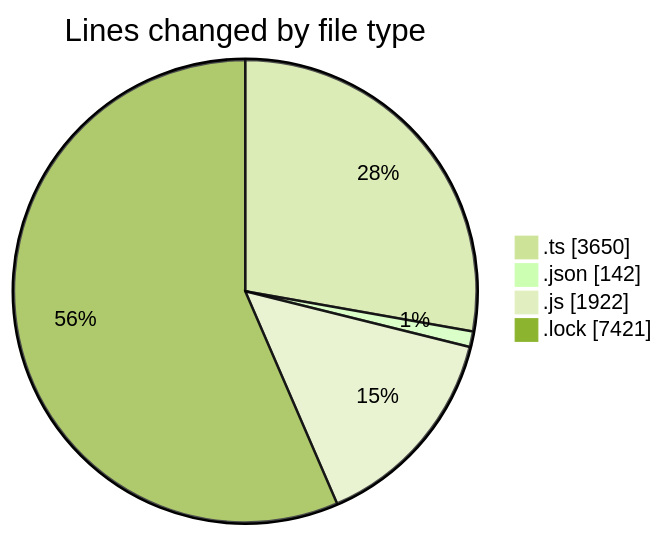
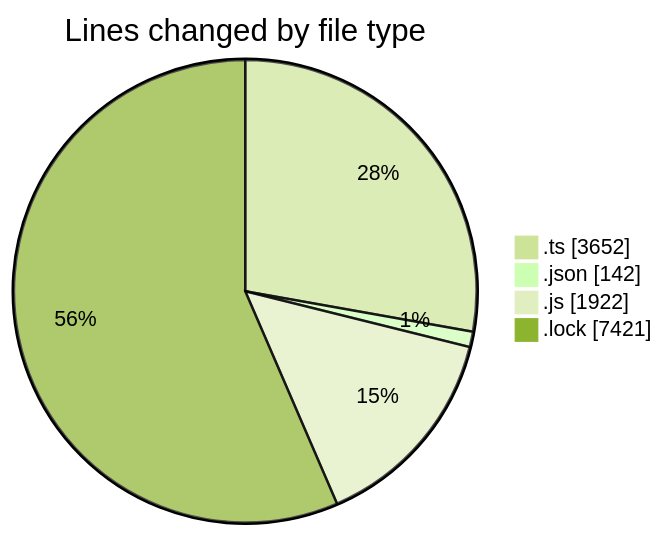
Before and after one commit to momahboobian/code-tracking: the first of 2 diagrams in 2025-07-30/cda/README.md, drawn with Mermaid (forest theme). The commit also changed other lines of this file and 1 other file, not shown here.

````diff
--- a/2025-07-30/cda/README.md
+++ b/2025-07-30/cda/README.md
@@ -29,8 +29,8 @@
 ```mermaid
 pie showData
 title Lines changed by file type
-".ts" : 3650
+".ts" : 3652
 ".json" : 142
 ".js" : 1922
 ".lock" : 7421
 ```
````
